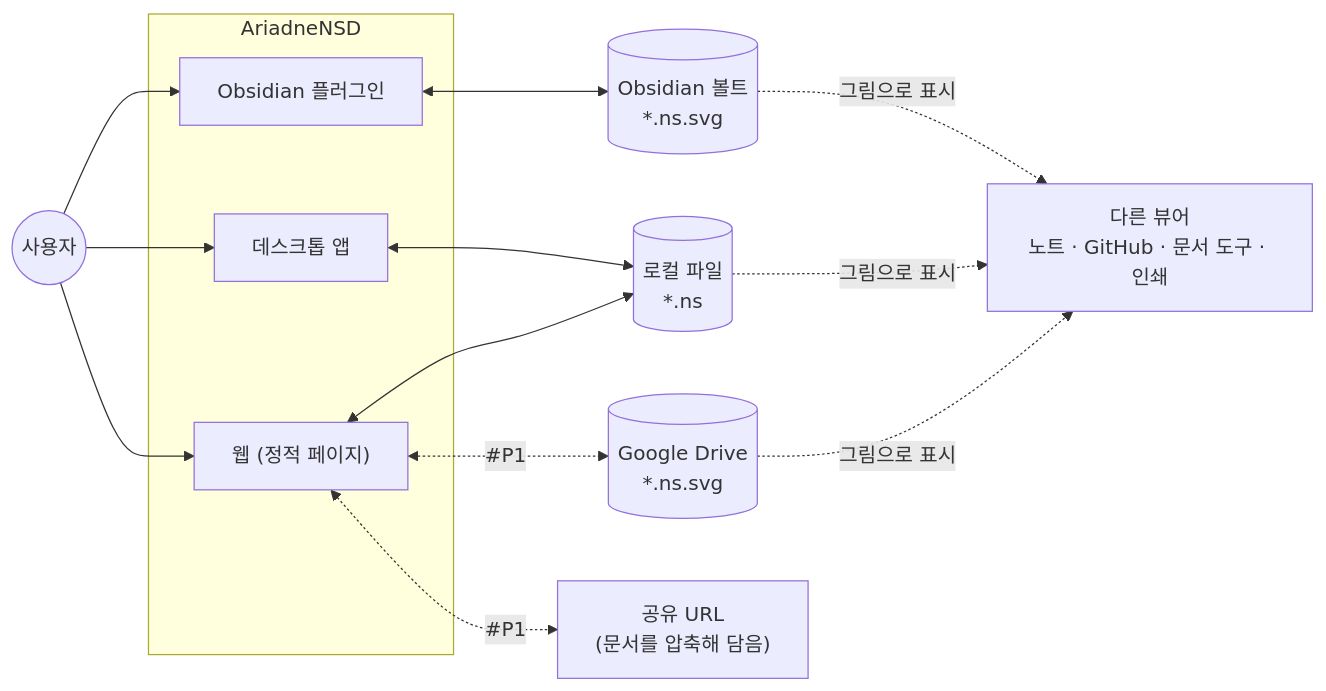
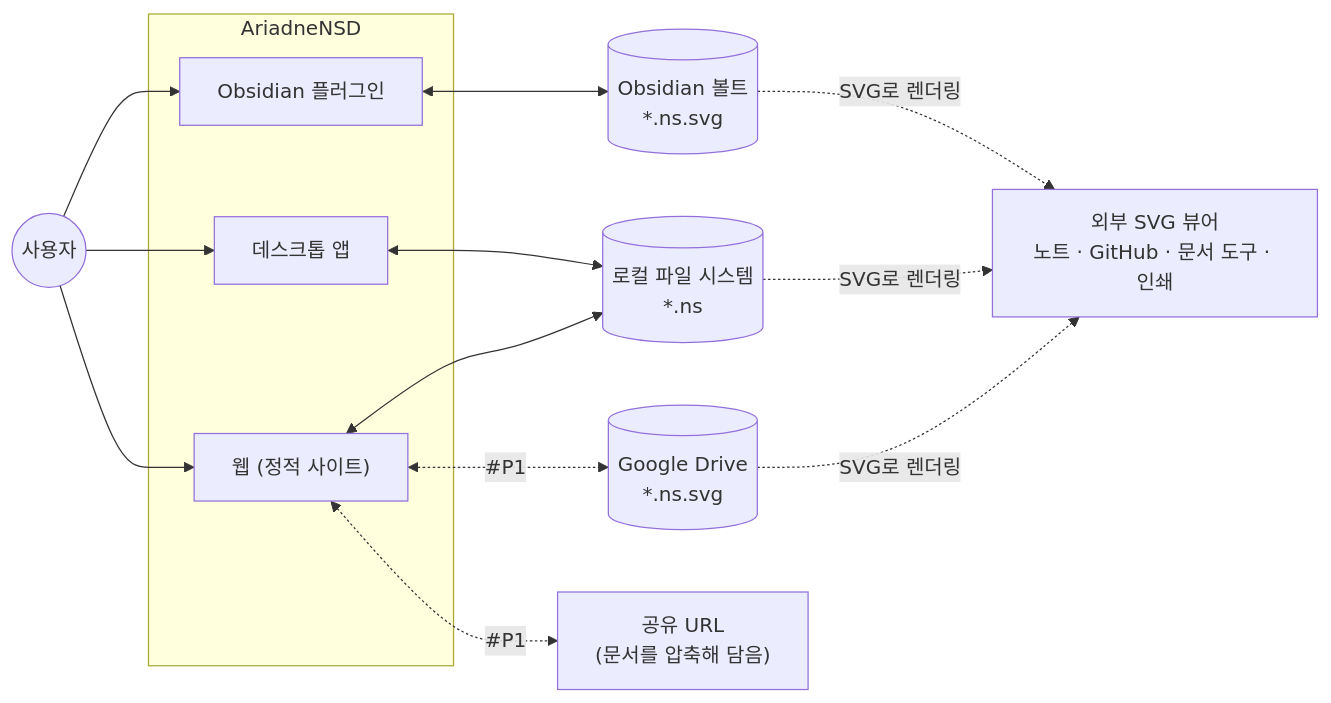
The first of 6 diagrams in docs/03-architecture/03-architecture.md (reddiana/AriadneNSD), drawn with Mermaid before and after one commit. The commit also changed other lines of this file and 7 other files, not shown here.

Commit message:
아키텍처 개요를 SW 엔지니어의 용어와 UML로(메인테이너 inbox, 견본): 패키지 의존 · editor-셸 인터페이스(필요/제공) · 모델 클래스 다이어그램, 컨텍스트 그림에 범례. 3.1→3.4, 3.2→3.5로 절 번호가 바뀌어 링크를 고침

````diff
--- a/docs/03-architecture/03-architecture.md
+++ b/docs/03-architecture/03-architecture.md
@@ -45,21 +49,21 @@
 ```mermaid
 flowchart LR
     user(("사용자"))
     subgraph apps["AriadneNSD"]
         obs["Obsidian 플러그인"]
         dsk["데스크톱 앱"]
-        web["웹 (정적 페이지)"]
+        web["웹 (정적 사이트)"]
     end
     vault[("Obsidian 볼트<br/>*.ns.svg")]
-    fs[("로컬 파일<br/>*.ns")]
+    fs[("로컬 파일 시스템<br/>*.ns")]
     drive[("Google Drive<br/>*.ns.svg")]
     url["공유 URL<br/>(문서를 압축해 담음)"]
-    viewer["다른 뷰어<br/>노트 · GitHub · 문서 도구 · 인쇄"]
+    viewer["외부 SVG 뷰어<br/>노트 · GitHub · 문서 도구 · 인쇄"]
     user --> obs & dsk & web
     obs <--> vault
     dsk <--> fs
     web <--> fs
     web <-.#P1.-> drive
     web <-.#P1.-> url
-    vault & fs & drive -.그림으로 표시.-> viewer
+    vault & fs & drive -.SVG로 렌더링.-> viewer
 ```
````
